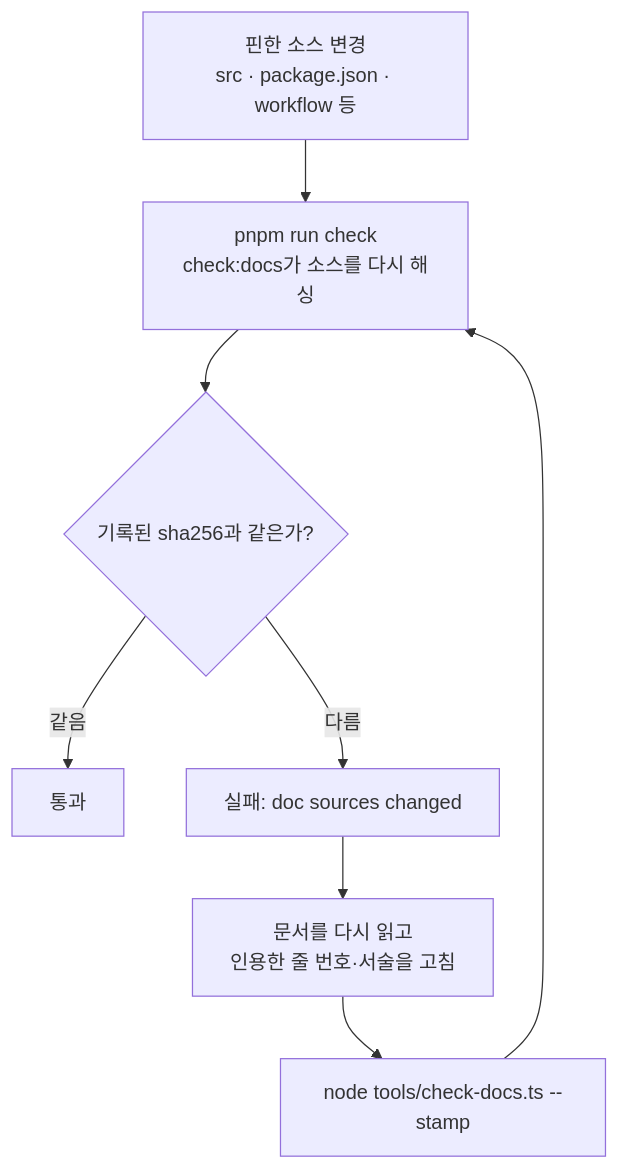
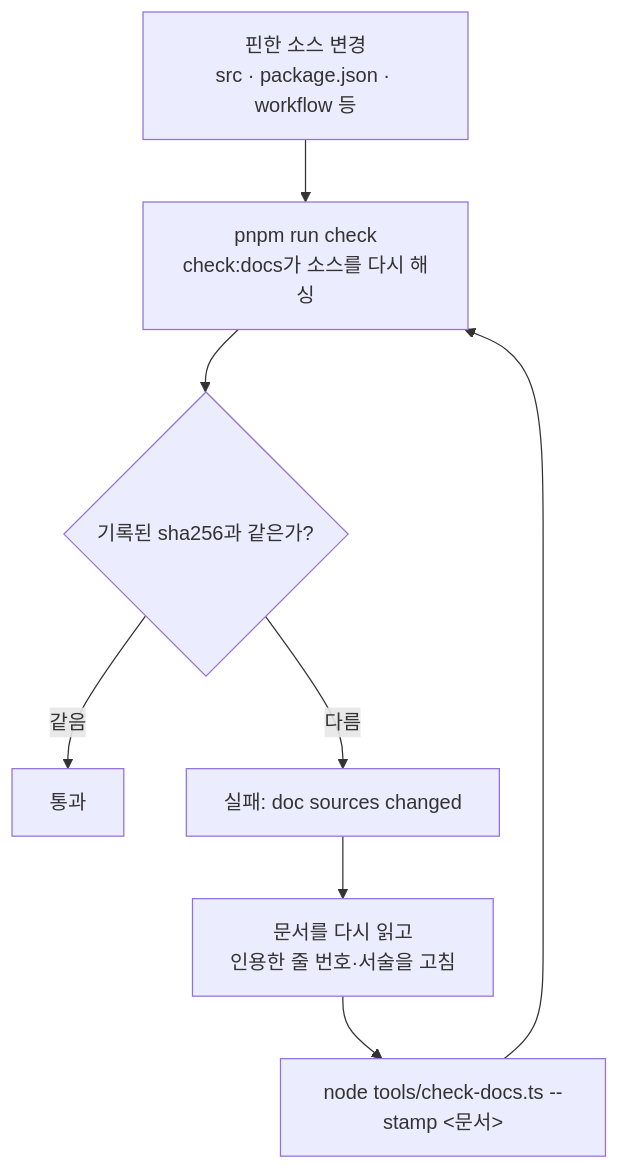
Before and after one commit to IsthisLee/agent-context-manager: the diagram in docs/contributing/doc-gate.md, drawn with Mermaid. The commit also changed other lines of this file and 9 other files, not shown here.

````diff
--- a/docs/contributing/doc-gate.md
+++ b/docs/contributing/doc-gate.md
@@ -32,10 +32,10 @@
 ```mermaid
 flowchart TD
   SRC["핀한 소스 변경<br/>src · package.json · workflow 등"] --> CHECK["pnpm run check<br/>check:docs가 소스를 다시 해싱"]
   CHECK --> CMP{"기록된 sha256과 같은가?"}
   CMP -->|"같음"| PASS["통과"]
   CMP -->|"다름"| FAIL["실패: doc sources changed"]
   FAIL --> READ["문서를 다시 읽고<br/>인용한 줄 번호·서술을 고침"]
-  READ --> STAMP["node tools/check-docs.ts --stamp"]
+  READ --> STAMP["node tools/check-docs.ts --stamp &lt;문서&gt;"]
   STAMP --> CHECK
 ```
````
